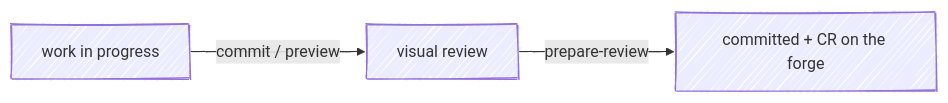
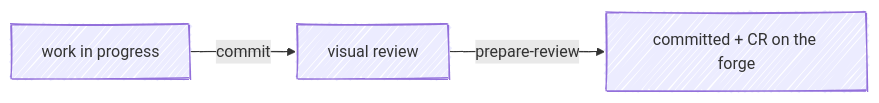
The diagram in docs/README.md (chris-peterson/anchor), drawn with Mermaid before and after one commit. The commit also changed other lines of this file and 6 other files, not shown here.

First line of the commit message:
Fold the preview skill into /anchor:commit --preview

````diff
--- a/docs/README.md
+++ b/docs/README.md
@@ -9,6 +9,6 @@
 ```mermaid
 %%{ init: { 'look': 'handDrawn' } }%%
 flowchart LR
-    WIP["work in progress"] -->|commit / preview| Review["visual review"]
+    WIP["work in progress"] -->|commit| Review["visual review"]
     Review -->|prepare-review| Forge["committed + CR on the forge"]
 ```
````
